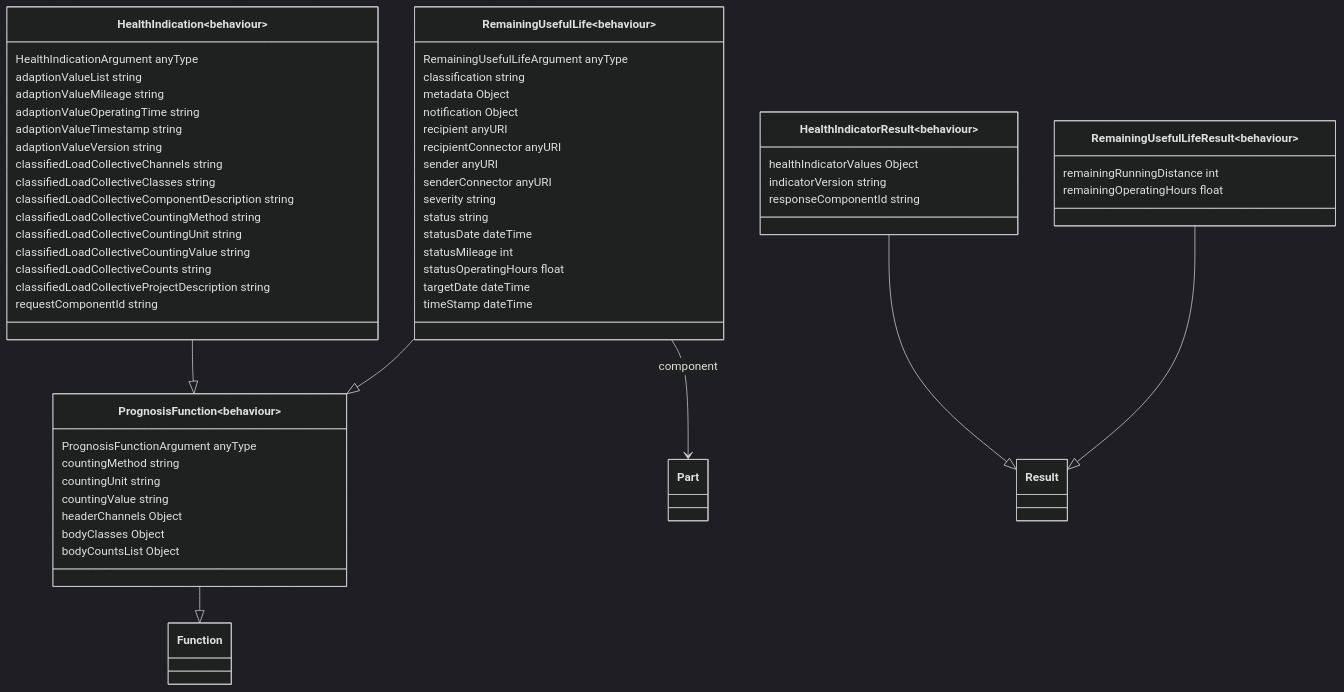
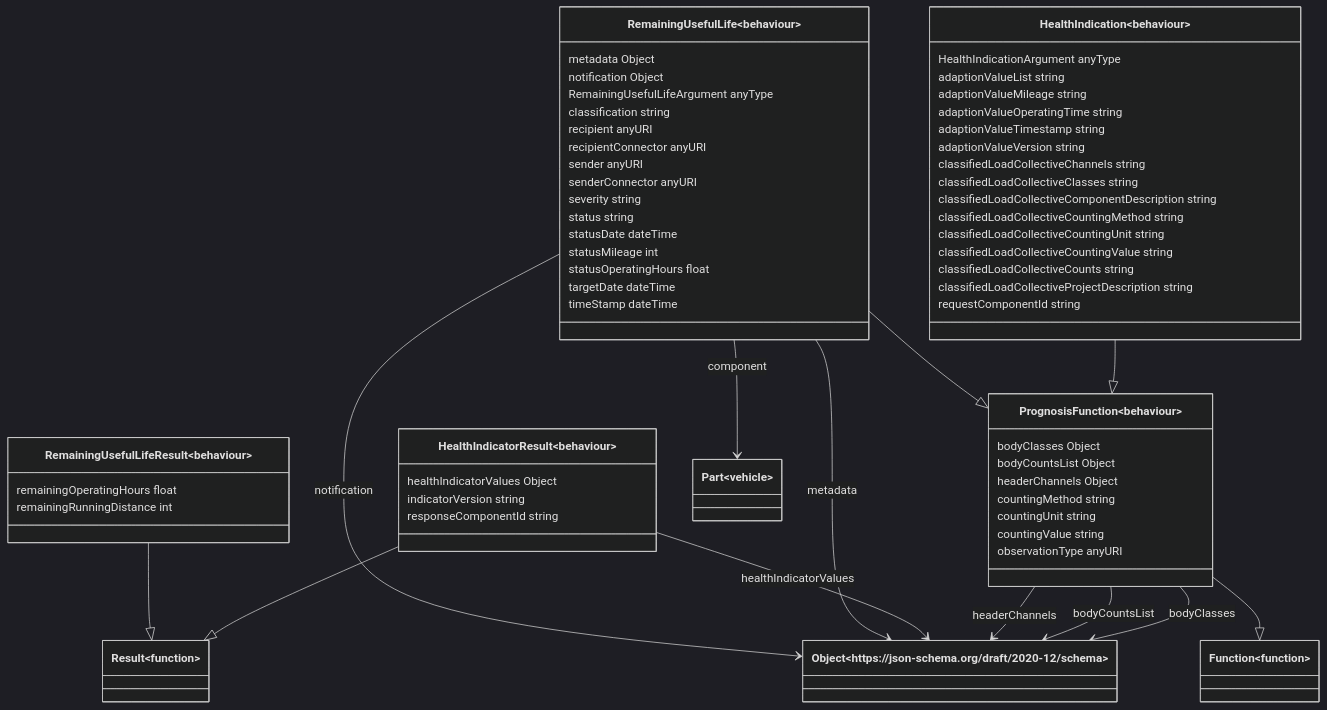
Before and after one commit to eclipse-tractusx/sldt-ontology-model: the diagram in docs/behaviour_ontology.md, drawn with Mermaid (dark theme). The commit also changed other lines of this file and 6 other files, not shown here.

````diff
--- a/docs/behaviour_ontology.md
+++ b/docs/behaviour_ontology.md
@@ -25,62 +25,76 @@
 ```mermaid
 classDiagram 
-   class PrognosisFunction~behaviour~{
-       PrognosisFunctionArgument anyType
-       countingMethod string
-       countingUnit string
-       countingValue string
-       headerChannels Object
-       bodyClasses Object
-       bodyCountsList Object
+   class Object~https://json-schema.org/draft/2020-12/schema~{
    } 
    class HealthIndication~behaviour~{
        HealthIndicationArgument anyType
        adaptionValueList string
        adaptionValueMileage string
        adaptionValueOperatingTime string
        adaptionValueTimestamp string
        adaptionValueVersion string
        classifiedLoadCollectiveChannels string
        classifiedLoadCollectiveClasses string
        classifiedLoadCollectiveComponentDescription string
        classifiedLoadCollectiveCountingMethod string
        classifiedLoadCollectiveCountingUnit string
        classifiedLoadCollectiveCountingValue string
        classifiedLoadCollectiveCounts string
        classifiedLoadCollectiveProjectDescription string
        requestComponentId string
    } 
    class HealthIndicatorResult~behaviour~{
        healthIndicatorValues Object
        indicatorVersion string
        responseComponentId string
    } 
+   class PrognosisFunction~behaviour~{
+       bodyClasses Object
+       bodyCountsList Object
+       headerChannels Object
+       countingMethod string
+       countingUnit string
+       countingValue string
+       observationType anyURI
+   } 
    class RemainingUsefulLife~behaviour~{
+       metadata Object
+       notification Object
        RemainingUsefulLifeArgument anyType
        classification string
-       metadata Object
-       notification Object
        recipient anyURI
        recipientConnector anyURI
        sender anyURI
        senderConnector anyURI
        severity string
        status string
        statusDate dateTime
        statusMileage int
        statusOperatingHours float
        targetDate dateTime
        timeStamp dateTime
    } 
    class RemainingUsefulLifeResult~behaviour~{
+       remainingOperatingHours float
        remainingRunningDistance int
-       remainingOperatingHours float
    } 
+   class Function~function~{
+   } 
+   class Result~function~{
+   } 
+   class Part~vehicle~{
+   } 
+   PrognosisFunction --> Object : bodyClasses
+   PrognosisFunction --> Object : bodyCountsList
    RemainingUsefulLife --> Part : component
-   PrognosisFunction --|> Function
+   PrognosisFunction --> Object : headerChannels
+   HealthIndicatorResult --> Object : healthIndicatorValues
+   RemainingUsefulLife --> Object : metadata
+   RemainingUsefulLife --> Object : notification
    HealthIndication --|> PrognosisFunction
    RemainingUsefulLife --|> PrognosisFunction
    HealthIndicatorResult --|> Result
    RemainingUsefulLifeResult --|> Result
+   PrognosisFunction --|> Function
 
 ```  
````
